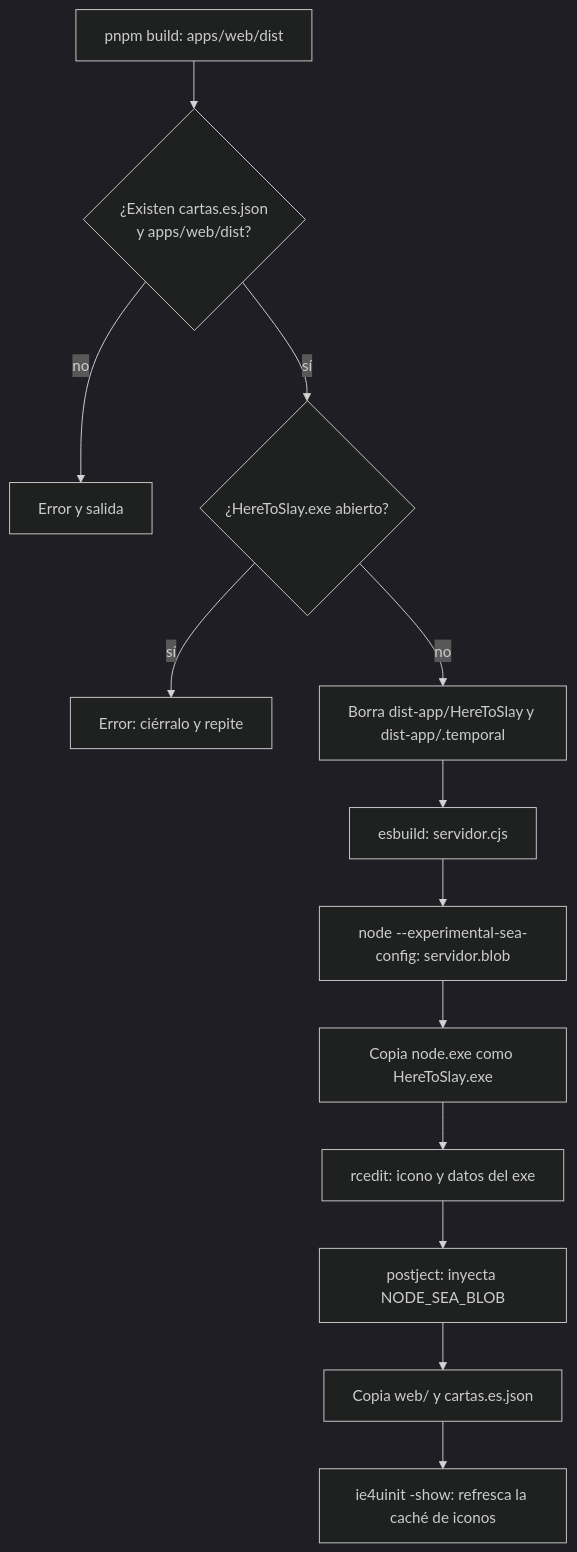
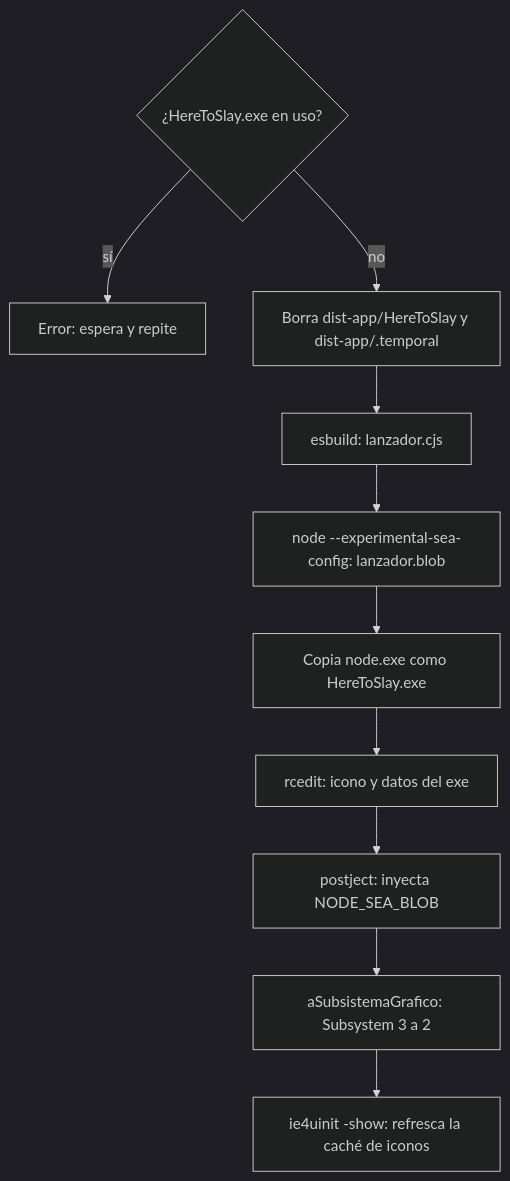
One commit to dbermudeza/here-to-slay-es changed the diagram in docs/ESCRITORIO.md. Above: the diagram before and after it, drawn with Mermaid (dark theme). The commit also changed other lines of this file and 15 other files, not shown here.

First line of the commit message:
Ejecutable: lanzador sin consola que abre directamente la web

````diff
--- a/docs/ESCRITORIO.md
+++ b/docs/ESCRITORIO.md
@@ -30,15 +60,12 @@
 ```mermaid
 flowchart TD
-    A[pnpm build: apps/web/dist] --> B{¿Existen cartas.es.json<br/>y apps/web/dist?}
-    B -- no --> X[Error y salida]
-    B -- sí --> C{¿HereToSlay.exe abierto?}
-    C -- sí --> Y[Error: ciérralo y repite]
-    C -- no --> D[Borra dist-app/HereToSlay y dist-app/.temporal]
-    D --> E[esbuild: servidor.cjs]
-    E --> F[node --experimental-sea-config: servidor.blob]
-    F --> G[Copia node.exe como HereToSlay.exe]
-    G --> H[rcedit: icono y datos del exe]
-    H --> I[postject: inyecta NODE_SEA_BLOB]
-    I --> J[Copia web/ y cartas.es.json]
-    J --> K[ie4uinit -show: refresca la caché de iconos]
+    A{¿HereToSlay.exe en uso?} -- sí --> X[Error: espera y repite]
+    A -- no --> B[Borra dist-app/HereToSlay y dist-app/.temporal]
+    B --> C[esbuild: lanzador.cjs]
+    C --> D[node --experimental-sea-config: lanzador.blob]
+    D --> E[Copia node.exe como HereToSlay.exe]
+    E --> F[rcedit: icono y datos del exe]
+    F --> G[postject: inyecta NODE_SEA_BLOB]
+    G --> H[aSubsistemaGrafico: Subsystem 3 a 2]
+    H --> I[ie4uinit -show: refresca la caché de iconos]
 ```
````
